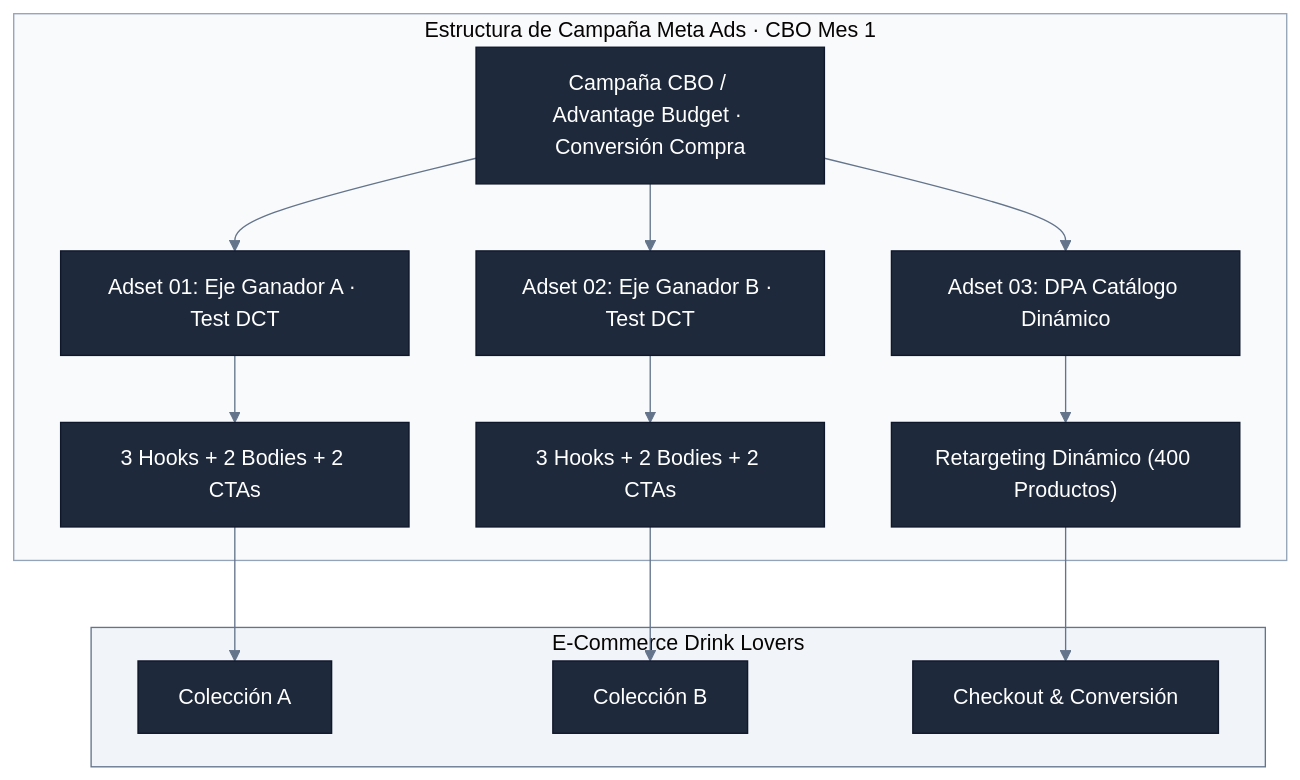
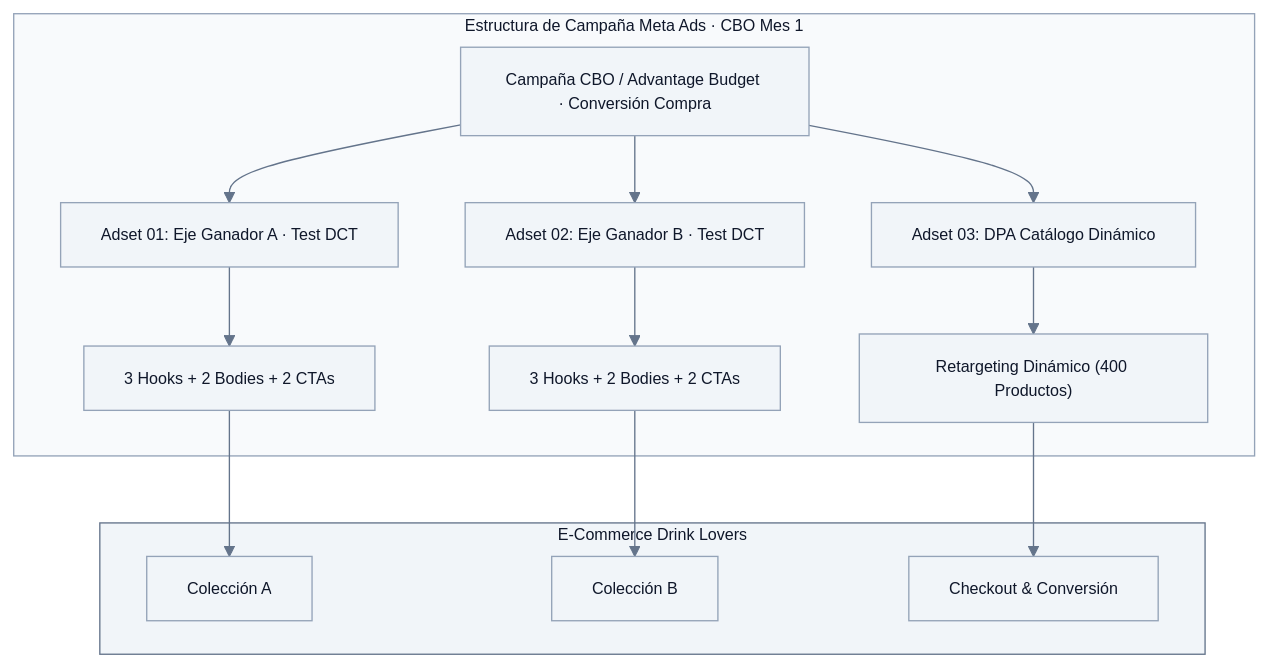
The seventh of 8 diagrams in releases/drinklovers/PROPUESTA_MES_1_META_ADS.md (jsrxar77/mo-baseline), drawn with Mermaid before and after one commit. The commit also changed other lines of this file, not shown here.

Commit message:
style(drinklovers): harmonize all mermaid diagrams with soft gray palette, black text, compact quadrant font and scaled gantt dates

````diff
--- a/releases/drinklovers/PROPUESTA_MES_1_META_ADS.md
+++ b/releases/drinklovers/PROPUESTA_MES_1_META_ADS.md
@@ -226,24 +311,43 @@
 ```mermaid
-%%{init: {'theme': 'base', 'themeVariables': { 'primaryColor': '#1E293B', 'primaryTextColor': '#FFFFFF', 'primaryBorderColor': '#0F172A', 'lineColor': '#64748B', 'secondaryColor': '#334155', 'tertiaryColor': '#F8FAFC' }}}%%
+%%{init: {
+  'theme': 'base',
+  'themeVariables': {
+    'primaryColor': '#F1F5F9',
+    'primaryTextColor': '#0F172A',
+    'primaryBorderColor': '#94A3B8',
+    'lineColor': '#64748B',
+    'secondaryColor': '#E2E8F0',
+    'secondaryTextColor': '#0F172A',
+    'secondaryBorderColor': '#94A3B8',
+    'tertiaryColor': '#F8FAFC',
+    'tertiaryTextColor': '#0F172A',
+    'tertiaryBorderColor': '#CBD5E1',
+    'clusterBkg': '#F8FAFC',
+    'clusterBorder': '#CBD5E1',
+    'fontFamily': 'system-ui, -apple-system, sans-serif',
+    'fontSize': '12px'
+  },
+  'themeCSS': 'text { fill: #0F172A !important; font-family: system-ui, -apple-system, sans-serif !important; } .node rect { fill: #F1F5F9 !important; stroke: #94A3B8 !important; } .cluster rect { fill: #F8FAFC !important; stroke: #CBD5E1 !important; }'
+}}%%
 flowchart TD
     subgraph META_ADS_MES_1 ["Estructura de Campaña Meta Ads · CBO Mes 1"]
         CAMPAIGN["Campaña CBO / Advantage Budget · Conversión Compra"]
         
         CAMPAIGN --> ADSET1["Adset 01: Eje Ganador A · Test DCT"]
         CAMPAIGN --> ADSET2["Adset 02: Eje Ganador B · Test DCT"]
         CAMPAIGN --> ADSET3["Adset 03: DPA Catálogo Dinámico"]
         
         ADSET1 --> V1["3 Hooks + 2 Bodies + 2 CTAs"]
         ADSET2 --> V2["3 Hooks + 2 Bodies + 2 CTAs"]
         ADSET3 --> V3["Retargeting Dinámico (400 Productos)"]
     end
     
     subgraph TIENDA_NUBE ["E-Commerce Drink Lovers"]
         V1 --> LANDING_A["Colección A"]
         V2 --> LANDING_B["Colección B"]
         V3 --> CHECKOUT["Checkout & Conversión"]
     end
     
     style META_ADS_MES_1 fill:#F8FAFC,stroke:#94A3B8,stroke-width:1px
     style TIENDA_NUBE fill:#F1F5F9,stroke:#64748B,stroke-width:1px
 ```
````
